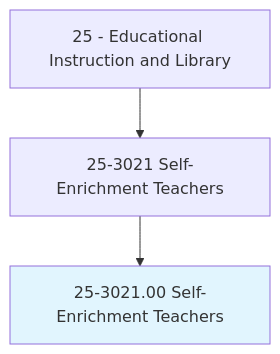
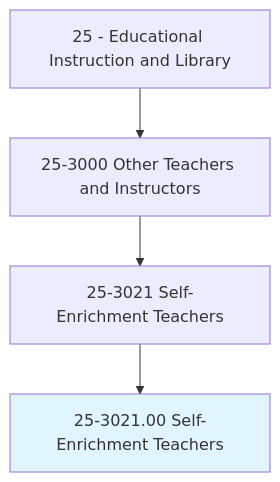
The first of 4 diagrams in occupations/Education/SelfEnrichmentTeachers.mdx (kziemski/business.org.ai), drawn with Mermaid before and after one commit. The commit also changed other lines of this file and 938 other files, not shown here.

````diff
--- a/occupations/Education/SelfEnrichmentTeachers.mdx
+++ b/occupations/Education/SelfEnrichmentTeachers.mdx
@@ -19,6 +23,7 @@
 ```mermaid
 graph TD
-    Cat25["25 - Educational Instruction and Library"] --> Group253021["25-3021 Self-Enrichment Teachers"]
+    Cat25["25 - Educational Instruction and Library"] --> Group253["25-3000 Other Teachers and Instructors"]
+    Group253 --> Group253021["25-3021 Self-Enrichment Teachers"]
     Group253021 --> Current["25-3021.00 Self-Enrichment Teachers"]
     style Current fill:#e1f5fe
 ```
````
